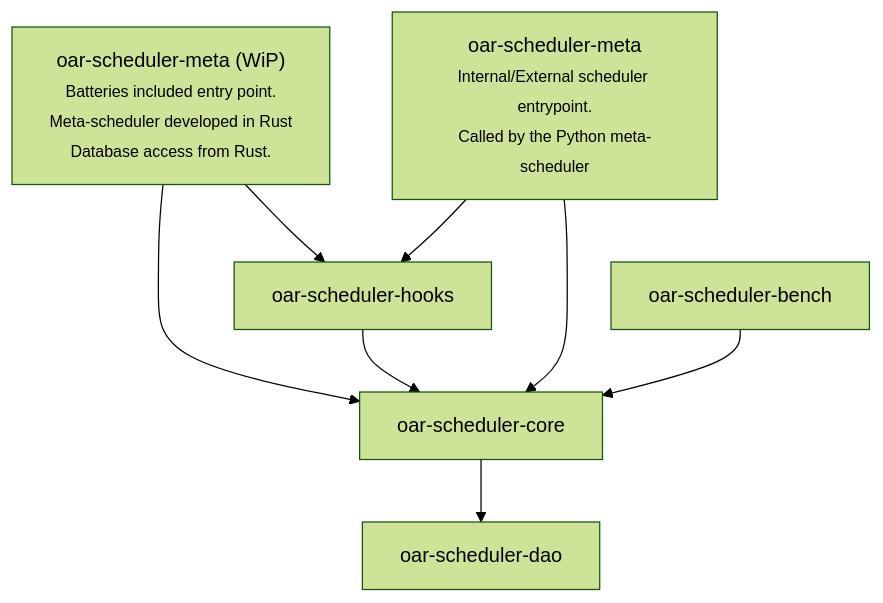
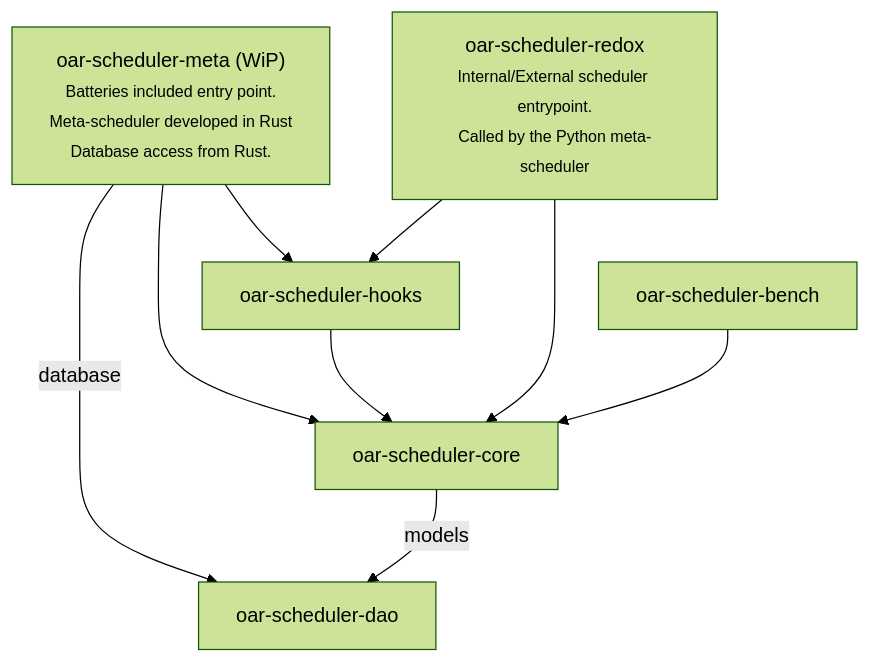
One commit to oar-team/oar-scheduler-redox changed the diagram in README.md. Above: the diagram before and after it, drawn with Mermaid (forest theme). The commit also changed 21 other files, not shown here.

````diff
--- a/README.md
+++ b/README.md
@@ -61,11 +61,12 @@
 ```mermaid
 graph TD
 ;
   oar-scheduler-meta["oar-scheduler-meta (WiP)<br/><span style='font-size: 0.8em;'>Batteries included entry point.<br/>Meta-scheduler developed in Rust<br/>Database access from Rust.</span>"] --> oar-scheduler-core
   oar-scheduler-hooks --> oar-scheduler-core
   oar-scheduler-meta --> oar-scheduler-hooks
-  oar-scheduler-redox["oar-scheduler-meta<br/><span style='font-size: 0.8em;'>Internal/External scheduler entrypoint.<br/>Called by the Python meta-scheduler</span>"] --> oar-scheduler-hooks
+  oar-scheduler-meta -->|database| oar-scheduler-dao
+  oar-scheduler-redox["oar-scheduler-redox<br/><span style='font-size: 0.8em;'>Internal/External scheduler entrypoint.<br/>Called by the Python meta-scheduler</span>"] --> oar-scheduler-hooks
     oar-scheduler-redox --> oar-scheduler-core
     oar-scheduler-bench --> oar-scheduler-core
-  oar-scheduler-core --> oar-scheduler-dao
+  oar-scheduler-core -->|models| oar-scheduler-dao
 ```
````
